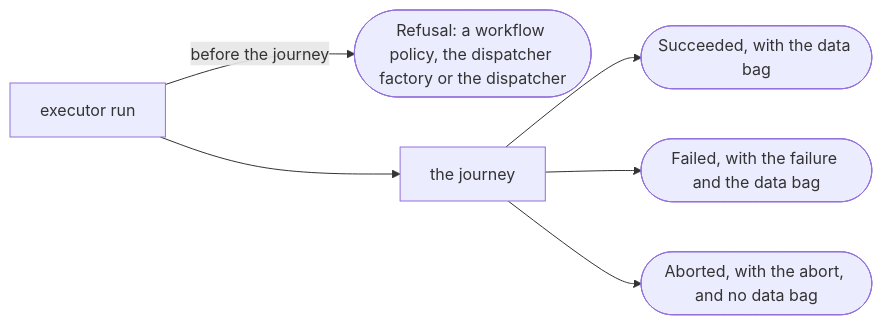
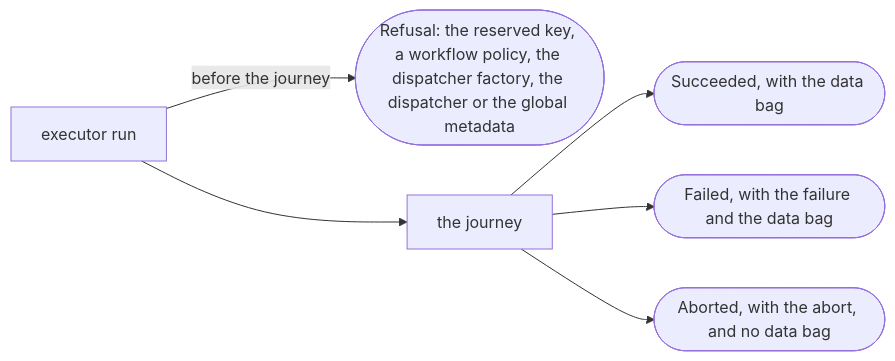
Diagram 14 of 14 in docs/architecture.md (itinera-dev/itinera-rs), drawn with Mermaid before and after one commit. The commit also changed other lines of this file and 99 other files, not shown here.

First line of the commit message:
Implement global metadata (proposal 0102)

````diff
--- a/docs/architecture.md
+++ b/docs/architecture.md
@@ -544,10 +549,10 @@
 ```mermaid
 flowchart LR
     accTitle: How a journey ends
-    accDescr: Before the journey starts, an executor may refuse it. Once it starts, it ends succeeded with its data bag, failed with a failure and its data bag, or aborted with an abort and no data bag.
-    run["executor run"] -->|"before the journey"| refusal(["Refusal: a workflow policy, the dispatcher factory or the dispatcher"])
+    accDescr: Before the journey starts, an executor may refuse it, for the reserved key in the initial global metadata, a workflow policy, the dispatcher factory, the dispatcher, or a failure while the global metadata is set. Once it starts, it ends succeeded with its data bag, failed with a failure and its data bag, or aborted with an abort and no data bag.
+    run["executor run"] -->|"before the journey"| refusal(["Refusal: the reserved key, a workflow policy, the dispatcher factory, the dispatcher or the global metadata"])
     run --> journey["the journey"]
     journey --> succeeded(["Succeeded, with the data bag"])
     journey --> failed(["Failed, with the failure and the data bag"])
     journey --> aborted(["Aborted, with the abort, and no data bag"])
 ```
````
